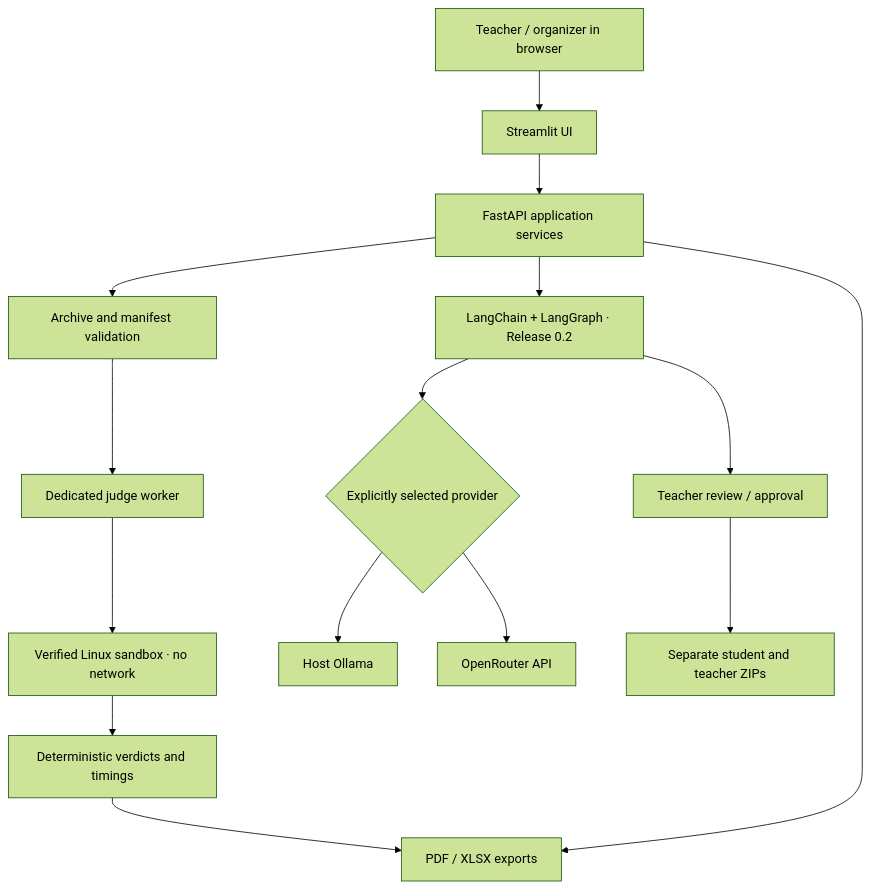
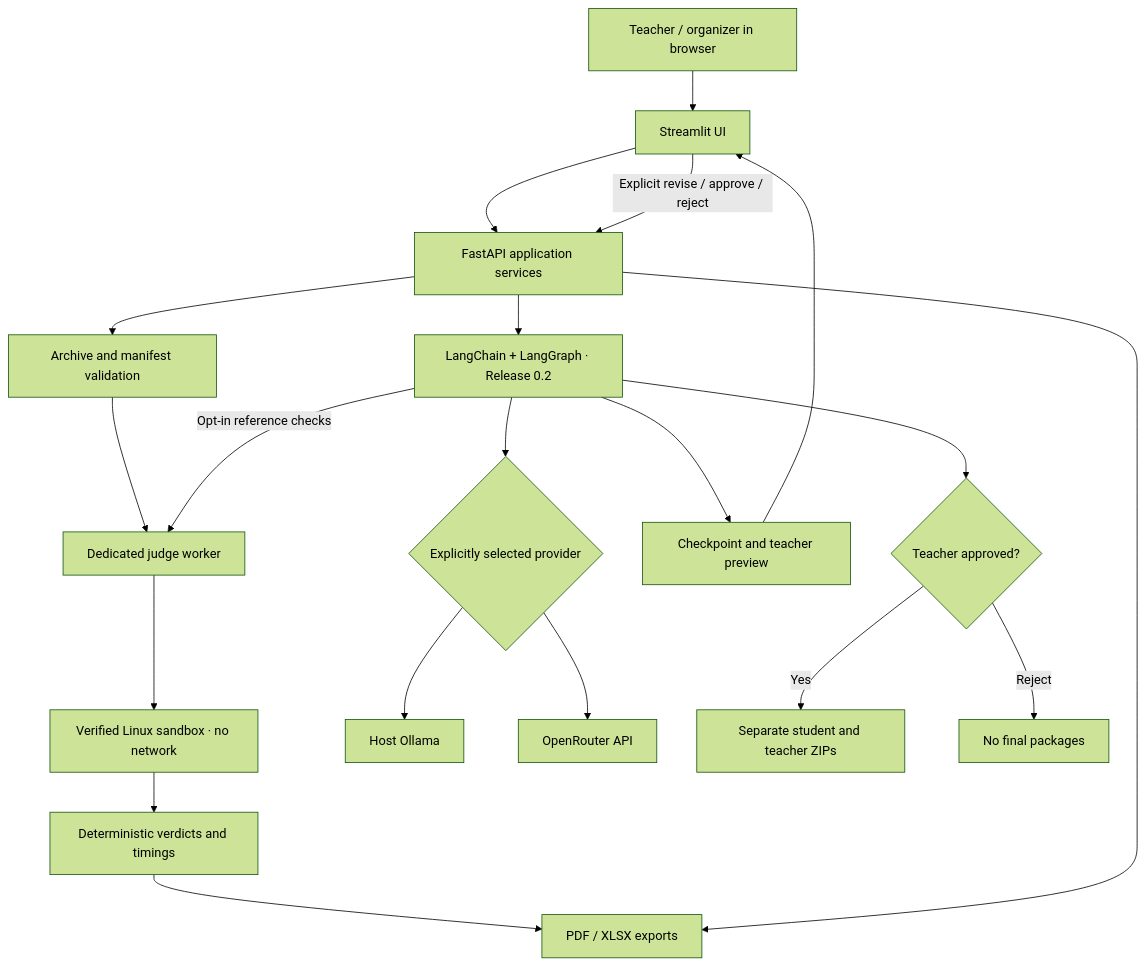
The first of 2 diagrams in README.md (kereszteszsolt/contest-check-ai), drawn with Mermaid (forest theme) before and after one commit. The commit also changed other lines of this file and 18 other files, not shown here.

Commit message:
feat: implement CCA-008 teacher approval workflow UI

````diff
--- a/README.md
+++ b/README.md
@@ -35,17 +35,22 @@
 ```mermaid
 flowchart TB
     Teacher[Teacher / organizer in browser] --> UI[Streamlit UI]
     UI --> API[FastAPI application services]
     API --> Validator[Archive and manifest validation]
     Validator --> Judge[Dedicated judge worker]
     Judge --> Sandbox[Verified Linux sandbox · no network]
     Sandbox --> Results[Deterministic verdicts and timings]
     Results --> Reports[PDF / XLSX exports]
     API --> Graph[LangChain + LangGraph · Release 0.2]
     Graph --> Models{Explicitly selected provider}
     Models --> Ollama[Host Ollama]
     Models --> OpenRouter[OpenRouter API]
-    Graph --> Approval[Teacher review / approval]
-    Approval --> Packages[Separate student and teacher ZIPs]
+    Graph -->|Opt-in reference checks| Judge
+    Graph --> Review[Checkpoint and teacher preview]
+    Review --> UI
+    UI -->|Explicit revise / approve / reject| API
+    Graph --> Approved{Teacher approved?}
+    Approved -->|Yes| Packages[Separate student and teacher ZIPs]
+    Approved -->|Reject| Closed[No final packages]
     API --> Reports
 ```
````
